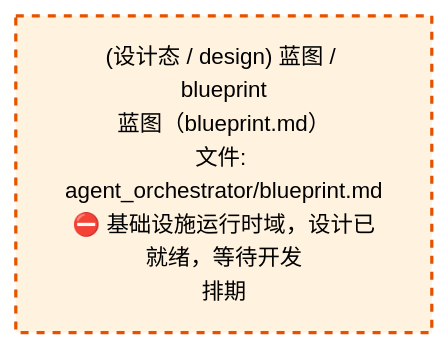
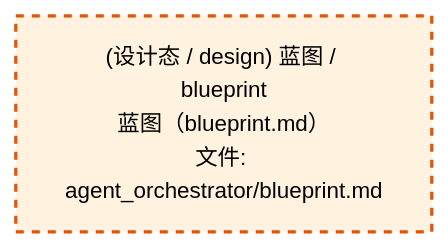
Before and after one commit to xuanFelixVan/ZephyrAlpha: the third of 4 diagrams in docs/02_enterprise_architecture/02_domain_architecture_docs/06_d_infra_runtime.md, drawn with Mermaid. The commit also changed other lines of this file and 71 other files, not shown here.

````diff
--- a/docs/02_enterprise_architecture/02_domain_architecture_docs/06_d_infra_runtime.md
+++ b/docs/02_enterprise_architecture/02_domain_architecture_docs/06_d_infra_runtime.md
@@ -1046,10 +1046,10 @@
 ```mermaid
 %%{init: {'theme': 'base', 'themeVariables': {'primaryColor': '#eaeaea', 'primaryTextColor': '#333333', 'primaryBorderColor': '#666666', 'lineColor': '#666666', 'secondaryColor': '#eaeaea', 'tertiaryColor': '#eaeaea', 'fontSize': '14px'}}}%%
 flowchart TD
-    docs_03_modules_cross_layer_agent_orchestrator_blueprint_md["(设计态 / design) 蓝图 / blueprint<br/>蓝图（blueprint.md）<br/>文件: agent_orchestrator/blueprint.md<br/>⛔ 基础设施运行时域，设计已就绪，等待开发<br/>排期"]
+    docs_03_modules_cross_layer_agent_orchestrator_blueprint_md["(设计态 / design) 蓝图 / blueprint<br/>蓝图（blueprint.md）<br/>文件: agent_orchestrator/blueprint.md"]
     classDef production fill:#e1f5fe,stroke:#01579b,stroke-width:2px,color:#000
     classDef design fill:#fff3e0,stroke:#e65100,stroke-width:2px,color:#000,stroke-dasharray: 5 5
     classDef external_prod fill:#e8f4fd,stroke:#0277bd,stroke-width:1px,color:#000
     classDef external_design fill:#fff8e7,stroke:#ef6c00,stroke-width:1px,color:#000,stroke-dasharray: 5 5
     class docs_03_modules_cross_layer_agent_orchestrator_blueprint_md design
 ```
````
